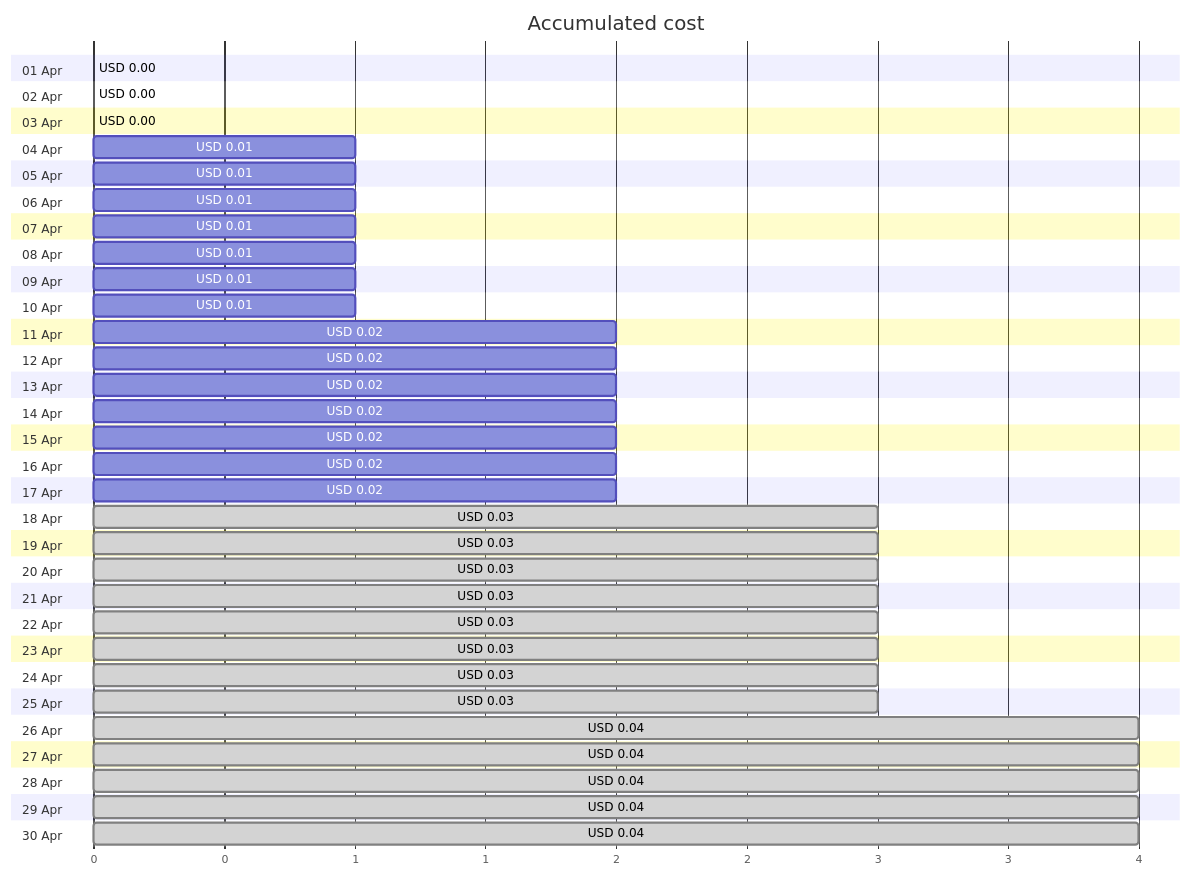
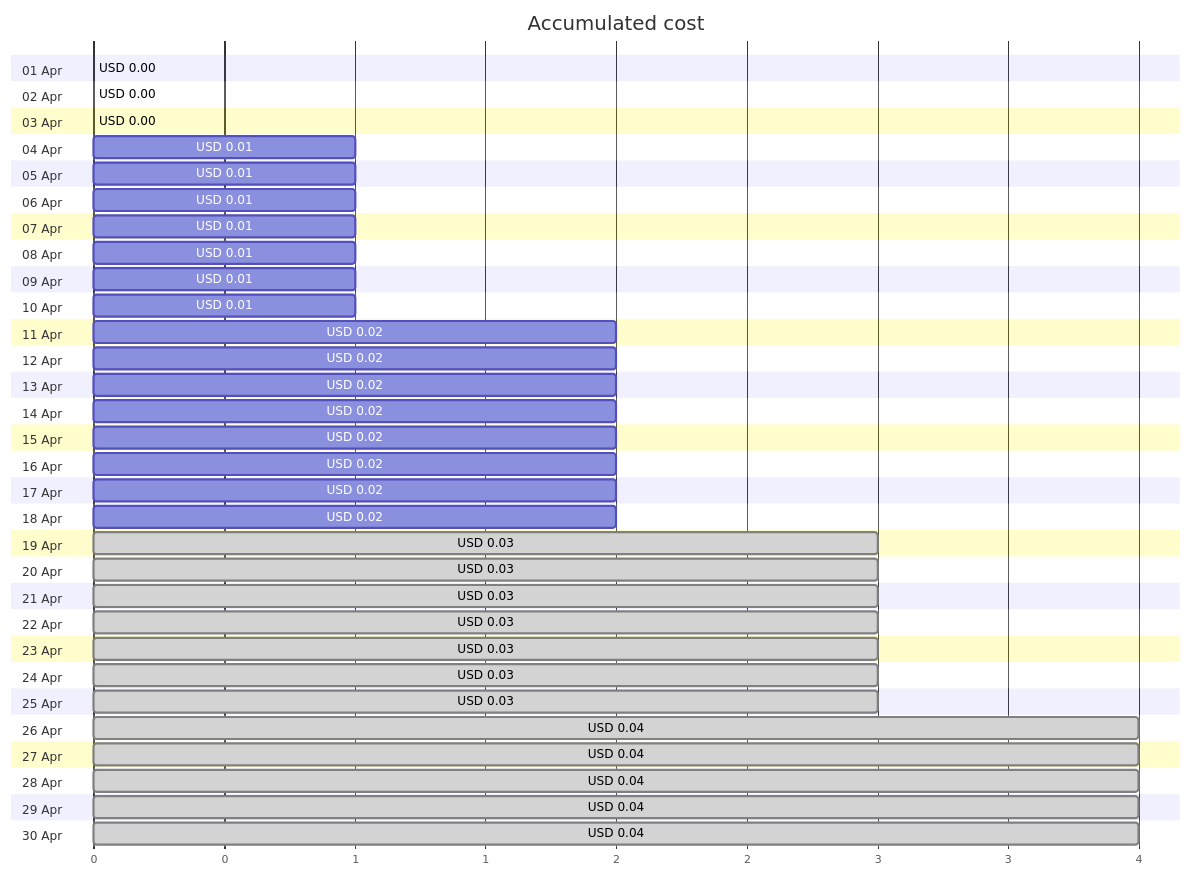
One commit to jpfulton/azure-personal-reports changed the first of 4 diagrams in cost-reports/personal-site/personalsiteapistorage.md. Above: the diagram before and after it, drawn with Mermaid. The commit also changed other lines of this file and 6 other files, not shown here.

````diff
--- a/cost-reports/personal-site/personalsiteapistorage.md
+++ b/cost-reports/personal-site/personalsiteapistorage.md
@@ -20,66 +20,66 @@
 ```mermaid
 gantt
    title Accumulated cost
    dateFormat  X
    axisFormat %s
    section 01 Apr
    USD 0.00 :0, 0
    section 02 Apr
    USD 0.00 :0, 0
    section 03 Apr
    USD 0.00 :0, 0
    section 04 Apr
    USD 0.01 :0, 1
    section 05 Apr
    USD 0.01 :0, 1
    section 06 Apr
    USD 0.01 :0, 1
    section 07 Apr
    USD 0.01 :0, 1
    section 08 Apr
    USD 0.01 :0, 1
    section 09 Apr
    USD 0.01 :0, 1
    section 10 Apr
    USD 0.01 :0, 1
    section 11 Apr
    USD 0.02 :0, 2
    section 12 Apr
    USD 0.02 :0, 2
    section 13 Apr
    USD 0.02 :0, 2
    section 14 Apr
    USD 0.02 :0, 2
    section 15 Apr
    USD 0.02 :0, 2
    section 16 Apr
    USD 0.02 :0, 2
    section 17 Apr
    USD 0.02 :0, 2
    section 18 Apr
-   USD 0.03 : done, 0, 3
+   USD 0.02 :0, 2
    section 19 Apr
    USD 0.03 : done, 0, 3
    section 20 Apr
    USD 0.03 : done, 0, 3
    section 21 Apr
    USD 0.03 : done, 0, 3
    section 22 Apr
    USD 0.03 : done, 0, 3
    section 23 Apr
    USD 0.03 : done, 0, 3
    section 24 Apr
    USD 0.03 : done, 0, 3
    section 25 Apr
    USD 0.03 : done, 0, 3
    section 26 Apr
    USD 0.04 : done, 0, 4
    section 27 Apr
    USD 0.04 : done, 0, 4
    section 28 Apr
    USD 0.04 : done, 0, 4
    section 29 Apr
    USD 0.04 : done, 0, 4
    section 30 Apr
    USD 0.04 : done, 0, 4
 ```
````
